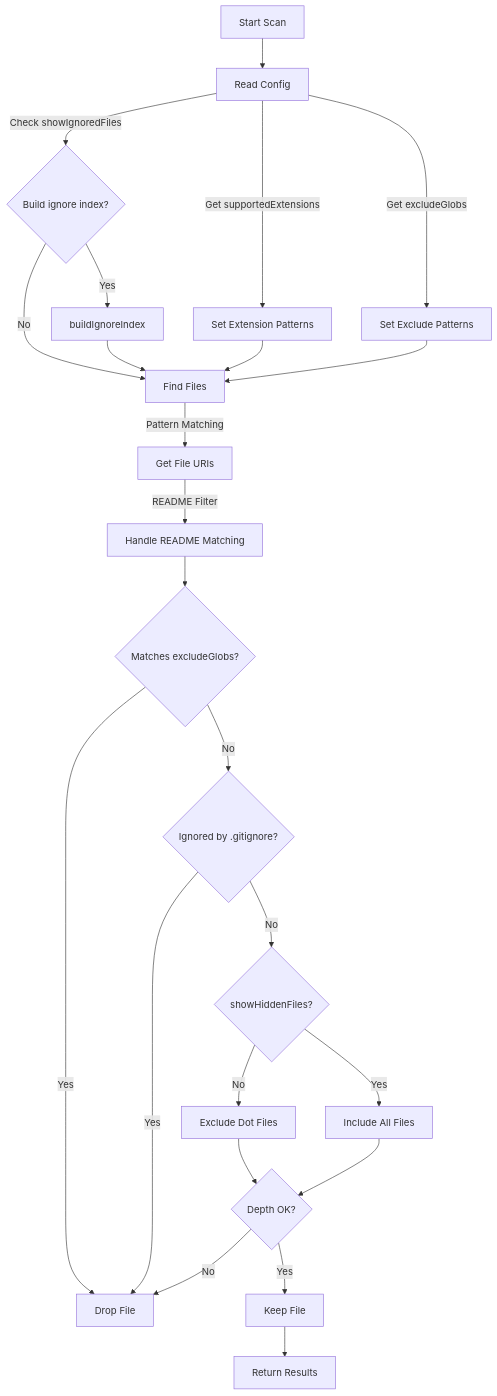
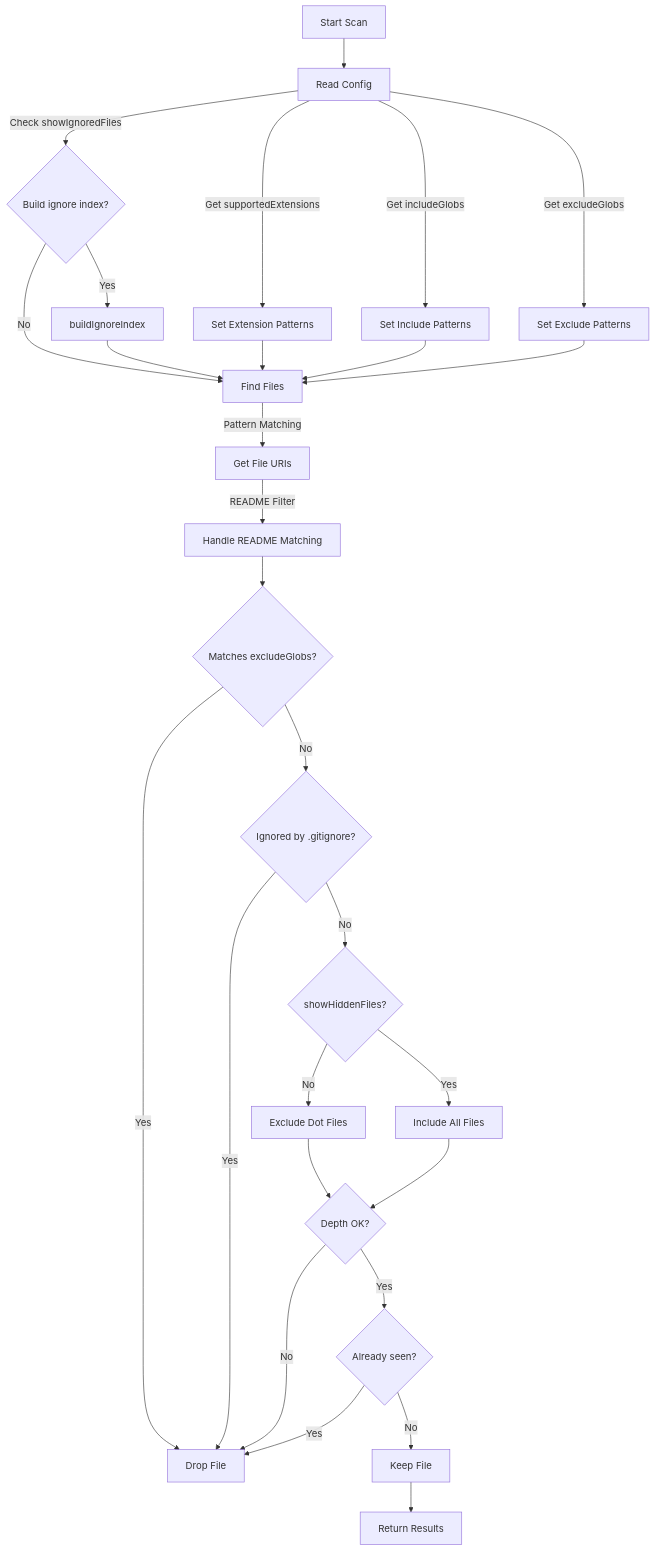
The diagram in docs/architecture/scanner.md (AlexJSully/workspace-wiki), drawn with Mermaid before and after one commit. The commit also changed other lines of this file and 79 other files, not shown here.

````diff
--- a/docs/architecture/scanner.md
+++ b/docs/architecture/scanner.md
@@ -70,28 +80,32 @@
 ```mermaid
 flowchart TD
 	accTitle: Scanner File Discovery Flow
-	accDescr: Shows the scanning process. The scanner reads configuration, builds an ignore index from the workspace .gitignore files unless showIgnoredFiles is enabled, runs findFiles for each supported extension, then filters the results by exclude glob, ignore index, hidden-file rule, and depth before returning them.
+	accDescr: Shows the scanning process. The scanner reads configuration, builds an ignore index from the workspace .gitignore files unless showIgnoredFiles is enabled, then runs findFiles for each supported extension and each include glob. Every result is filtered the same way, by exclude glob, ignore index, hidden-file rule, and depth, and surviving files are deduplicated by URI before being returned.
 	A[Start Scan] --> B[Read Config]
 	B -->|Get supportedExtensions| C[Set Extension Patterns]
+	B -->|Get includeGlobs| H[Set Include Patterns]
 	B -->|Get excludeGlobs| D[Set Exclude Patterns]
 	B -->|Check showIgnoredFiles| E{Build ignore index?}
 	E -->|Yes| F[buildIgnoreIndex]
 	E -->|No| G[Find Files]
 	F --> G
 	C --> G
+	H --> G
 	D --> G
 	G -->|Pattern Matching| I[Get File URIs]
 	I -->|README Filter| J[Handle README Matching]
 	J --> R{Matches excludeGlobs?}
 	R -->|Yes| P[Drop File]
 	R -->|No| S{Ignored by .gitignore?}
 	S -->|Yes| P
 	S -->|No| K{showHiddenFiles?}
 	K -->|No| L[Exclude Dot Files]
 	K -->|Yes| M[Include All Files]
 	L --> N{Depth OK?}
 	M --> N
 	N -->|No| P
-	N -->|Yes| O[Keep File]
+	N -->|Yes| T{Already seen?}
+	T -->|Yes| P
+	T -->|No| O[Keep File]
 	O --> Q[Return Results]
 ```
````
